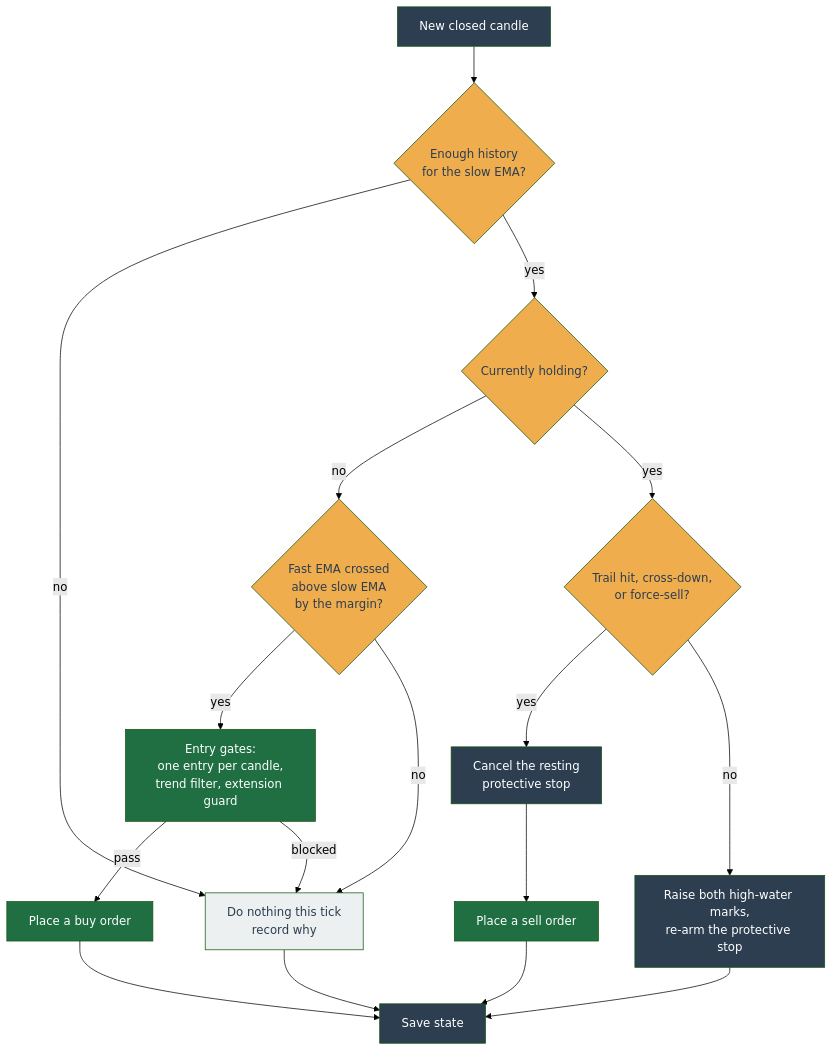
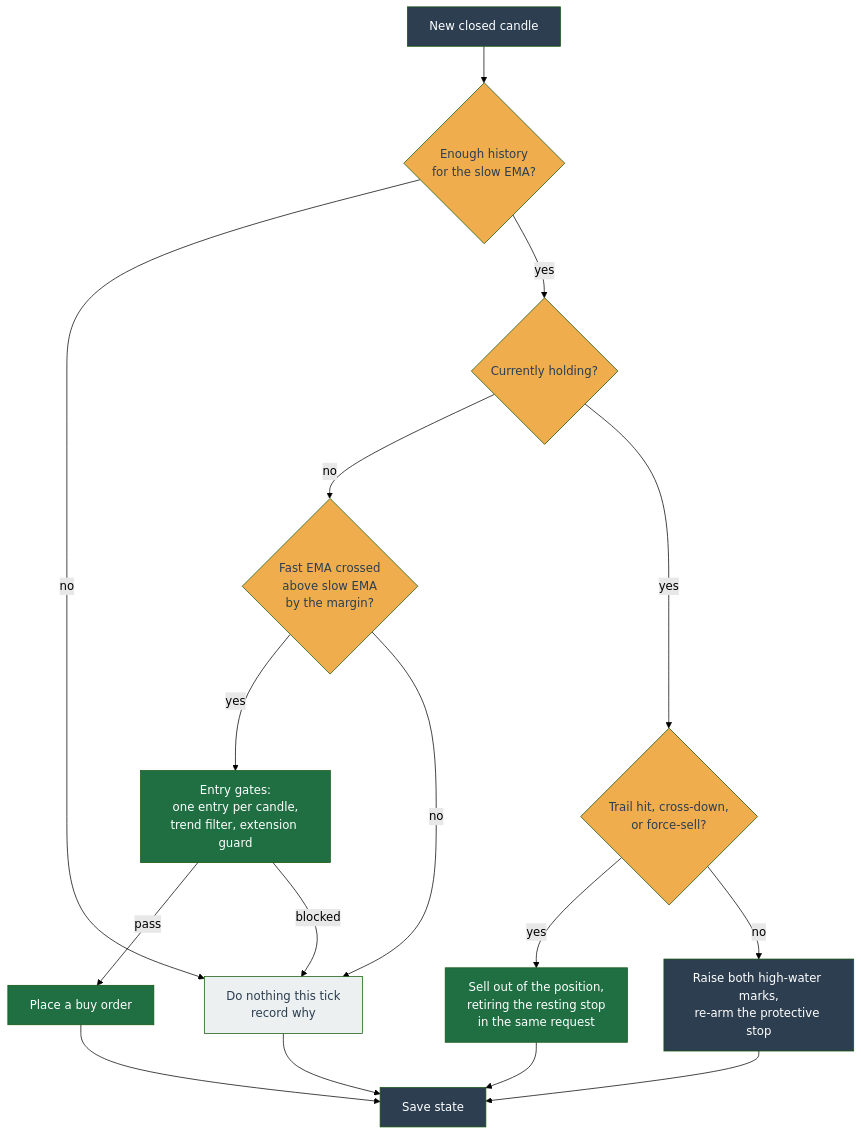
The diagram in docs/concepts/strategies/momentum.md (chrisleekr/binance-trading-bot), drawn with Mermaid (forest theme) before and after one commit. The commit also changed other lines of this file and 94 other files, not shown here.

````diff
--- a/docs/concepts/strategies/momentum.md
+++ b/docs/concepts/strategies/momentum.md
@@ -19,36 +19,35 @@
 ```mermaid
 flowchart TD
     Start["New closed candle"]:::io
     Warm{"Enough history<br/>for the slow EMA?"}:::gate
     Held{"Currently holding?"}:::gate
 
     CrossUp{"Fast EMA crossed<br/>above slow EMA<br/>by the margin?"}:::gate
     Gates["Entry gates:<br/>one entry per candle,<br/>trend filter, extension guard"]:::core
     Buy["Place a buy order"]:::act
 
     Exit{"Trail hit, cross-down,<br/>or force-sell?"}:::gate
-    CancelStop["Cancel the resting<br/>protective stop"]:::io
-    Sell["Place a sell order"]:::act
+    Sell["Sell out of the position,<br/>retiring the resting stop<br/>in the same request"]:::act
     Ratchet["Raise both high-water marks,<br/>re-arm the protective stop"]:::io
 
     Wait["Do nothing this tick<br/>record why"]:::wait
     Save["Save state"]:::io
 
     Start --> Warm
     Warm -->|no| Wait
     Warm -->|yes| Held
     Held -->|no| CrossUp
     CrossUp -->|yes| Gates
     Gates -->|pass| Buy --> Save
     Gates -->|blocked| Wait --> Save
     CrossUp -->|no| Wait
     Held -->|yes| Exit
-    Exit -->|yes| CancelStop --> Sell --> Save
+    Exit -->|yes| Sell --> Save
     Exit -->|no| Ratchet --> Save
 
     classDef io fill:#2c3e50,color:#ffffff;
     classDef core fill:#1f6f43,color:#ffffff;
     classDef gate fill:#f0ad4e,color:#2c3e50;
     classDef act fill:#1f6f43,color:#ffffff;
     classDef wait fill:#ecf0f1,color:#2c3e50;
 ```
````
